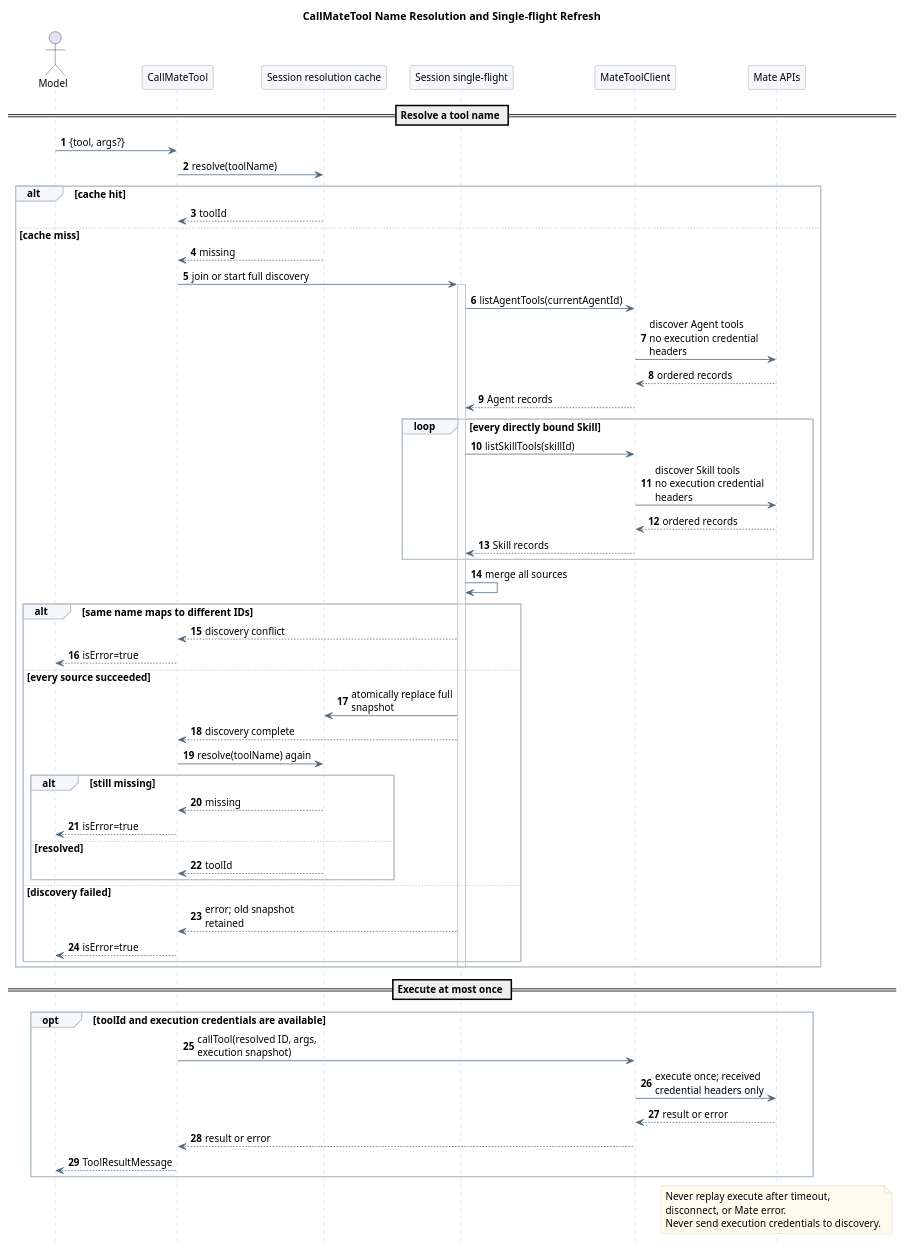
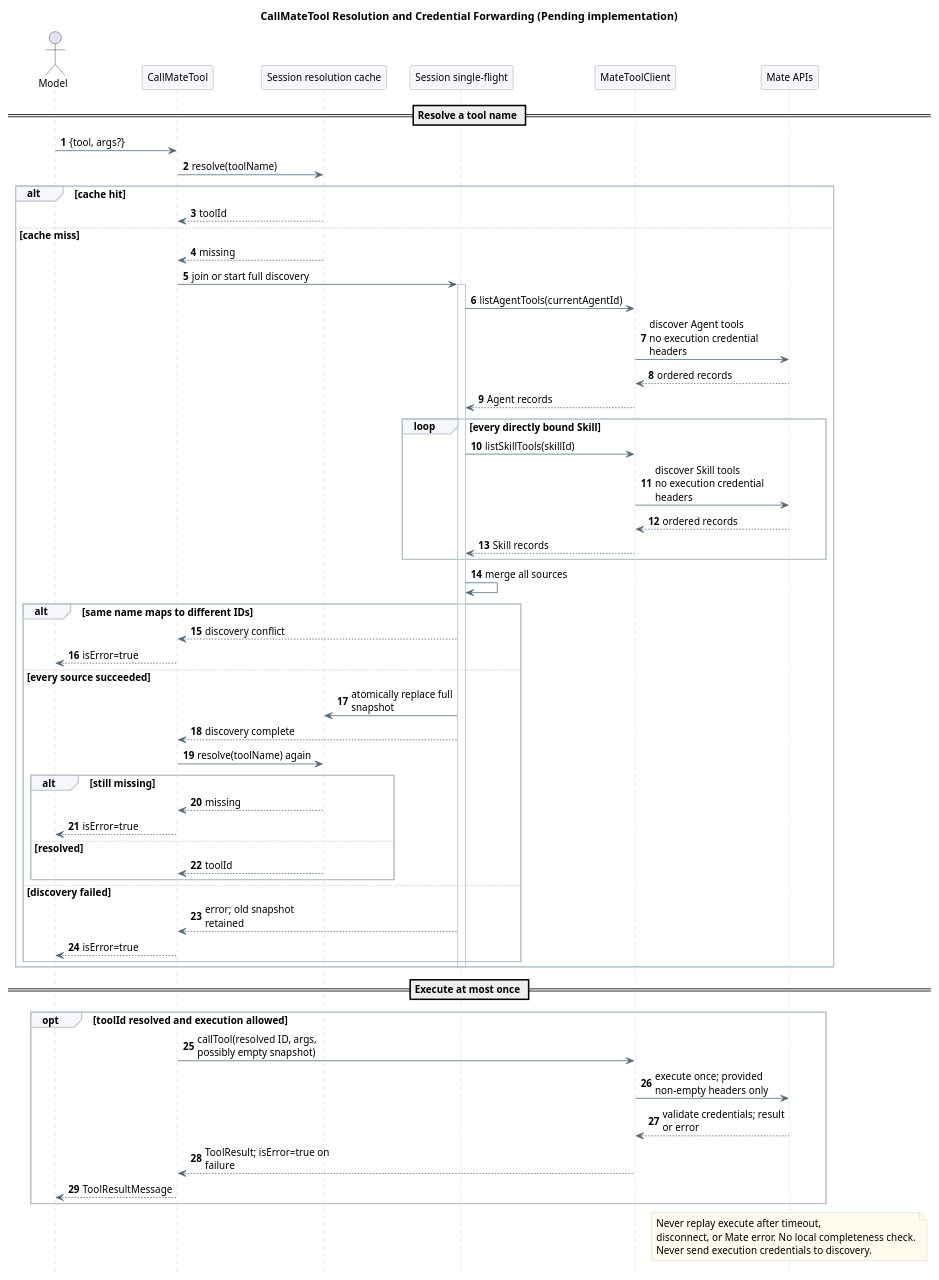
The fifth of 11 diagrams in 01-总体架构/02-CampusClaw工具系统/diagram.puml (ssm0808/pi-mono-java-design), drawn with PlantUML before and after one commit. The commit also changed 22 other files, not shown here.

```diff
--- a/01-总体架构/02-CampusClaw工具系统/diagram.puml
+++ b/01-总体架构/02-CampusClaw工具系统/diagram.puml
@@ -334,93 +334,93 @@
 @startuml call_mate_tool_sequence
 skinparam backgroundColor white
 skinparam defaultFontName SansSerif
 skinparam defaultFontSize 13
 skinparam shadowing false
 skinparam sequenceMessageAlign left
 skinparam maxMessageSize 165
 skinparam sequenceArrowColor #526777
 skinparam sequenceLifeLineBorderColor #BAC4CC
 skinparam sequenceParticipantBackgroundColor #F5F7FA
 skinparam sequenceParticipantBorderColor #8496A4
 skinparam sequenceGroupBackgroundColor #F5F7FA
 skinparam sequenceGroupBorderColor #BAC4CC
 skinparam noteBackgroundColor #FFFBEF
 skinparam noteBorderColor #D2C6A5
 hide footbox
 autonumber
-title CallMateTool Name Resolution and Single-flight Refresh
+title CallMateTool Resolution and Credential Forwarding (Pending implementation)
 
-' Source evidence (pi-mono-java 320d790726a70aada6100052952d5494d2a378ac):
+' Source evidence (pi-mono-java 21c3f59be033e7bdd5506a2d9d48baa2581bc3c7):
 ' modules/coding-agent-cli/src/main/java/com/campusclaw/codingagent/tool/mate/CallMateTool.java: execute.
 ' modules/coding-agent-cli/src/main/java/com/campusclaw/codingagent/tool/mate/MateToolSessionCache.java.
 ' modules/coding-agent-cli/src/main/java/com/campusclaw/codingagent/common/client/HttpMateToolClient.java:
 ' invokeTool and toHeaderInfo.
-' modules/coding-agent-cli/src/main/java/com/campusclaw/codingagent/runtimeapi/web/
-' RuntimeEventController.java: submit; RuntimeRequestContext.java: mateCredentials.
-' Observed behavior: discovery and execute receive three credentials; access-token is not captured.
-' Architecture change: a cache miss is resolved inside Call without any execution credentials.
+' modules/coding-agent-cli/src/main/java/com/campusclaw/codingagent/runtimeapi/web/RuntimeRequestContext.java: mateCredentials.
+' modules/coding-agent-cli/src/main/java/com/campusclaw/codingagent/runtimeapi/event/RuntimeEventService.java: requireCredentials.
+' Observed behavior: RuntimeEventService, CallMateTool and HttpMateToolClient reject incomplete credentials.
+' Pending implementation: remove local completeness checks; only Mate decides credential validity.
 ' Security hardening: only one Mate execute request receives the POST Events execution snapshot.
 ' Design reason: discovery may retry, but execute and its credential exposure occur at most once.
 
 actor Model
 participant "CallMateTool" as Call
 participant "Session resolution cache" as Cache
 participant "Session single-flight" as Flight
 participant "MateToolClient" as Client
 participant "Mate APIs" as Mate
 
 == Resolve a tool name ==
 Model -> Call : {tool, args?}
 Call -> Cache : resolve(toolName)
 alt cache hit
   Cache --> Call : toolId
 else cache miss
   Cache --> Call : missing
   Call -> Flight : join or start full discovery
   activate Flight
   Flight -> Client : listAgentTools(currentAgentId)
   Client -> Mate : discover Agent tools\nno execution credential headers
   Mate --> Client : ordered records
   Client --> Flight : Agent records
   loop every directly bound Skill
     Flight -> Client : listSkillTools(skillId)
     Client -> Mate : discover Skill tools\nno execution credential headers
     Mate --> Client : ordered records
     Client --> Flight : Skill records
   end
   Flight -> Flight : merge all sources
   alt same name maps to different IDs
     Flight --> Call : discovery conflict
     Call --> Model : isError=true
   else every source succeeded
     Flight -> Cache : atomically replace full snapshot
     Flight --> Call : discovery complete
     Call -> Cache : resolve(toolName) again
     alt still missing
       Cache --> Call : missing
       Call --> Model : isError=true
     else resolved
       Cache --> Call : toolId
     end
   else discovery failed
     Flight --> Call : error; old snapshot retained
     Call --> Model : isError=true
   end
   deactivate Flight
 end
 
 == Execute at most once ==
-opt toolId and execution credentials are available
-  Call -> Client : callTool(resolved ID, args, execution snapshot)
-  Client -> Mate : execute once; received credential headers only
-  Mate --> Client : result or error
-  Client --> Call : result or error
+opt toolId resolved and execution allowed
+  Call -> Client : callTool(resolved ID, args, possibly empty snapshot)
+  Client -> Mate : execute once; provided non-empty headers only
+  Mate --> Client : validate credentials; result or error
+  Client --> Call : ToolResult; isError=true on failure
   Call --> Model : ToolResultMessage
 end
 
 note over Mate
   Never replay execute after timeout,
-  disconnect, or Mate error.
+  disconnect, or Mate error. No local completeness check.
   Never send execution credentials to discovery.
 end note
 @enduml
```
